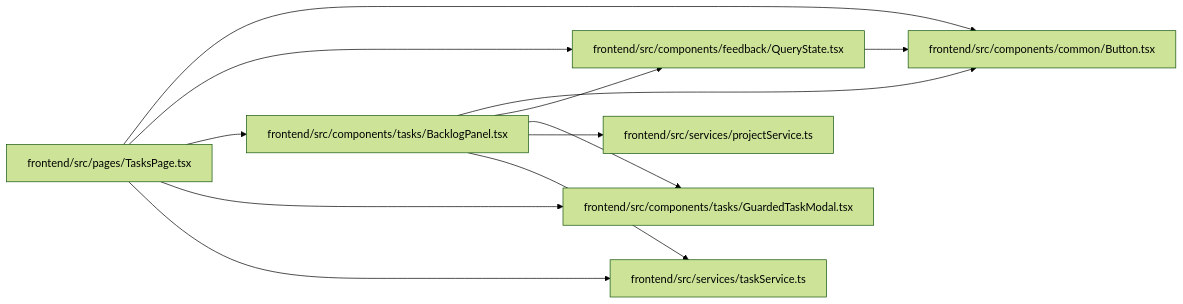
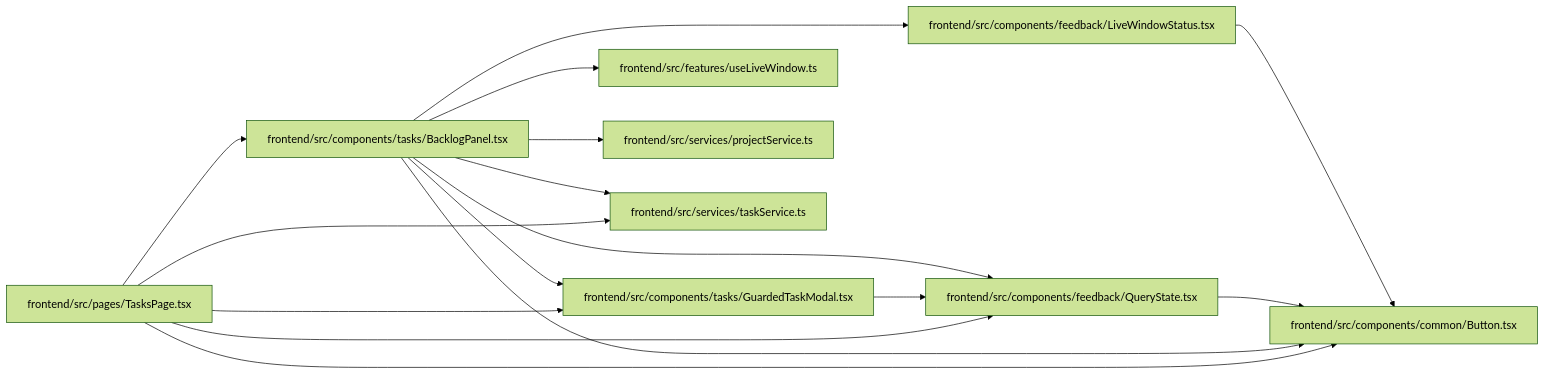
The diagram in docs/llm_wiki/modules/BacklogPanel.md (Denissvgn/WorkChord), drawn with Mermaid (forest theme) before and after one commit. The commit also changed other lines of this file and 10148 other files, not shown here.

````diff
--- a/docs/llm_wiki/modules/BacklogPanel.md
+++ b/docs/llm_wiki/modules/BacklogPanel.md
@@ -32,28 +34,36 @@
 ```mermaid
 flowchart LR
     n0["frontend/src/components/common/Button.tsx"]
-    n1["frontend/src/components/feedback/QueryState.tsx"]
-    n2["frontend/src/components/tasks/BacklogPanel.tsx"]
-    n3["frontend/src/components/tasks/GuardedTaskModal.tsx"]
-    n4["frontend/src/pages/TasksPage.tsx"]
-    n5["frontend/src/services/projectService.ts"]
-    n6["frontend/src/services/taskService.ts"]
+    n1["frontend/src/components/feedback/LiveWindowStatus.tsx"]
+    n2["frontend/src/components/feedback/QueryState.tsx"]
+    n3["frontend/src/components/tasks/BacklogPanel.tsx"]
+    n4["frontend/src/components/tasks/GuardedTaskModal.tsx"]
+    n5["frontend/src/features/useLiveWindow.ts"]
+    n6["frontend/src/pages/TasksPage.tsx"]
+    n7["frontend/src/services/projectService.ts"]
+    n8["frontend/src/services/taskService.ts"]
     n1 --> n0
     n2 --> n0
-    n2 --> n1
-    n2 --> n3
-    n2 --> n5
-    n2 --> n6
-    n4 --> n0
-    n4 --> n1
+    n3 --> n0
+    n3 --> n1
+    n3 --> n2
+    n3 --> n4
+    n3 --> n5
+    n3 --> n7
+    n3 --> n8
     n4 --> n2
-    n4 --> n3
-    n4 --> n6
+    n6 --> n0
+    n6 --> n2
+    n6 --> n3
+    n6 --> n4
+    n6 --> n8
     click n0 "../modules/Button.md"
-    click n1 "../modules/QueryState.md"
-    click n2 "../modules/BacklogPanel.md"
-    click n3 "../modules/GuardedTaskModal.md"
-    click n4 "../modules/TasksPage.md"
-    click n5 "../modules/projectService.md"
-    click n6 "../modules/taskService.md"
+    click n1 "../modules/LiveWindowStatus.md"
+    click n2 "../modules/QueryState.md"
+    click n3 "../modules/BacklogPanel.md"
+    click n4 "../modules/GuardedTaskModal.md"
+    click n5 "../modules/useLiveWindow.md"
+    click n6 "../modules/TasksPage.md"
+    click n7 "../modules/projectService.md"
+    click n8 "../modules/taskService.md"
 ```
````
